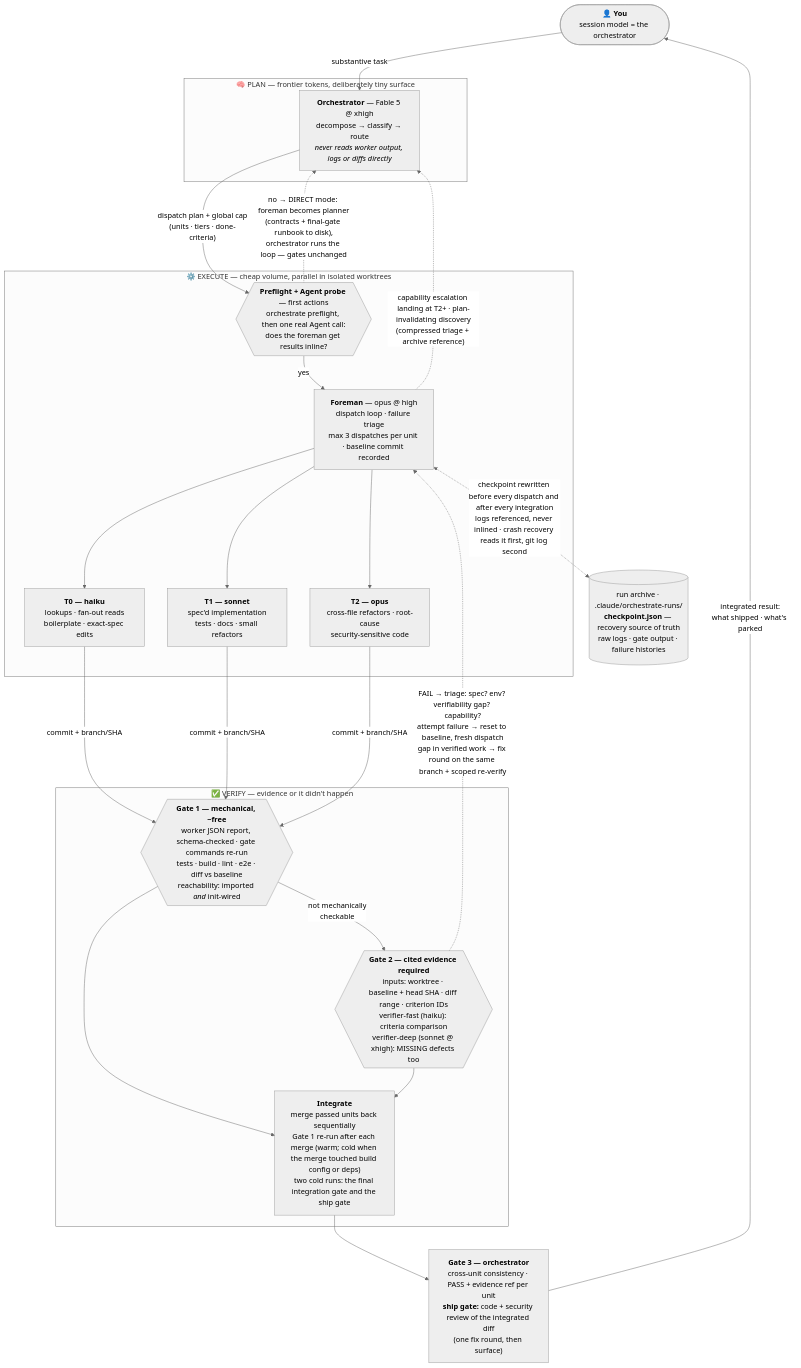
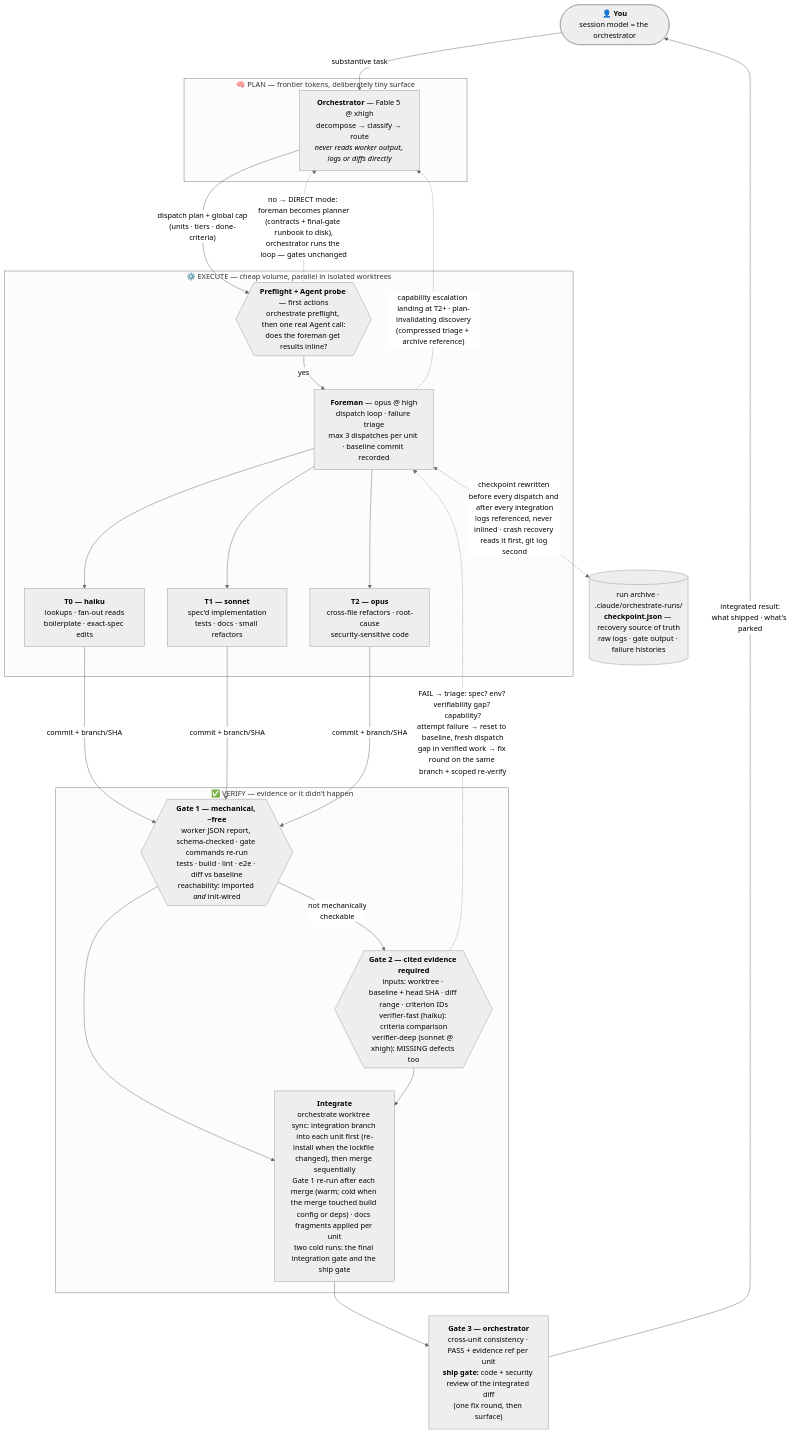
The diagram in README.md (midego1/claude-orchestrate), drawn with Mermaid (neutral theme) before and after one commit. The commit also changed other lines of this file and 18 other files, not shown here.

First line of the commit message:
release: v0.6.1 — run artifacts, worktree sync, docs apply, serial CI push (#10)

````diff
--- a/README.md
+++ b/README.md
@@ -176,40 +176,40 @@
 ```mermaid
 flowchart TB
     YOU(["👤 <b>You</b><br/>session model = the orchestrator"])
 
     subgraph PLAN["&nbsp;🧠 PLAN — frontier tokens, deliberately tiny surface&nbsp;"]
         O["<b>Orchestrator</b> — Fable 5 @ xhigh<br/>decompose → classify → route<br/><i>never reads worker output, logs or diffs directly</i>"]
     end
 
     subgraph EXEC["&nbsp;⚙️ EXECUTE — cheap volume, parallel in isolated worktrees&nbsp;"]
         PF{{"<b>Preflight + Agent probe</b> — first actions<br/>orchestrate preflight, then one real Agent call:<br/>does the foreman get results inline?"}}
         F["<b>Foreman</b> — opus @ high<br/>dispatch loop · failure triage<br/>max 3 dispatches per unit · baseline commit recorded"]
         W0["<b>T0 — haiku</b><br/>lookups · fan-out reads<br/>boilerplate · exact-spec edits"]
         W1["<b>T1 — sonnet</b><br/>spec'd implementation<br/>tests · docs · small refactors"]
         W2["<b>T2 — opus</b><br/>cross-file refactors · root-cause<br/>security-sensitive code"]
         PF -->|"yes"| F
         F --> W0 & W1 & W2
     end
 
     subgraph VERIFY["&nbsp;✅ VERIFY — evidence or it didn't happen&nbsp;"]
         G1{{"<b>Gate 1 — mechanical, ~free</b><br/>worker JSON report, schema-checked · gate commands re-run<br/>tests · build · lint · e2e · diff vs baseline<br/>reachability: imported <i>and</i> init-wired"}}
         G2{{"<b>Gate 2 — cited evidence required</b><br/>inputs: worktree · baseline + head SHA · diff range · criterion IDs<br/>verifier-fast (haiku): criteria comparison<br/>verifier-deep (sonnet @ xhigh): MISSING defects too"}}
-        MERGE["<b>Integrate</b><br/>merge passed units back sequentially<br/>Gate 1 re-run after each merge (warm; cold when the merge touched build config or deps)<br/>two cold runs: the final integration gate and the ship gate"]
+        MERGE["<b>Integrate</b><br/>orchestrate worktree sync: integration branch into each unit first (re-install when the lockfile changed), then merge sequentially<br/>Gate 1 re-run after each merge (warm; cold when the merge touched build config or deps) · docs fragments applied per unit<br/>two cold runs: the final integration gate and the ship gate"]
     end
 
     G3["<b>Gate 3 — orchestrator</b><br/>cross-unit consistency · PASS + evidence ref per unit<br/><b>ship gate:</b> code + security review of the integrated diff<br/>(one fix round, then surface)"]
     AR[("run archive · .claude/orchestrate-runs/<br/><b>checkpoint.json</b> — recovery source of truth<br/>raw logs · gate output · failure histories")]
 
     YOU -->|"substantive task"| O
     O -->|"dispatch plan + global cap<br/>(units · tiers · done-criteria)"| PF
     PF -. "no → DIRECT mode: foreman becomes planner<br/>(contracts + final-gate runbook to disk),<br/>orchestrator runs the loop — gates unchanged" .-> O
     W0 & W1 & W2 -->|"commit + branch/SHA"| G1
     G1 -->|"not mechanically<br/>checkable"| G2
     G1 --> MERGE
     G2 --> MERGE
     G2 -. "FAIL → triage: spec? env? verifiability gap? capability?<br/>attempt failure → reset to baseline, fresh dispatch<br/>gap in verified work → fix round on the same branch + scoped re-verify" .-> F
     F -. "capability escalation landing at T2+ · plan-invalidating discovery<br/>(compressed triage + archive reference)" .-> O
     F <-. "checkpoint rewritten before every dispatch and after every integration<br/>logs referenced, never inlined · crash recovery reads it first, git log second" .-> AR
     MERGE --> G3
     G3 -->|"integrated result:<br/>what shipped · what's parked"| YOU
 ```
````
